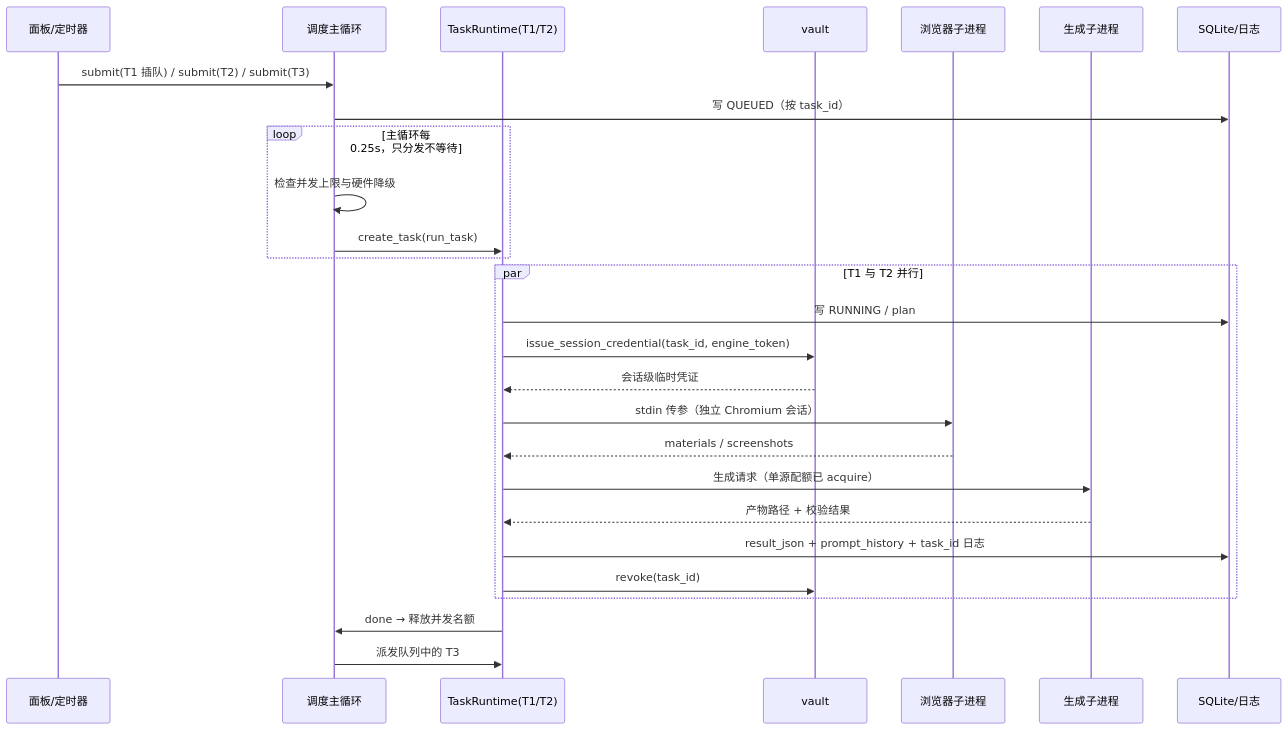
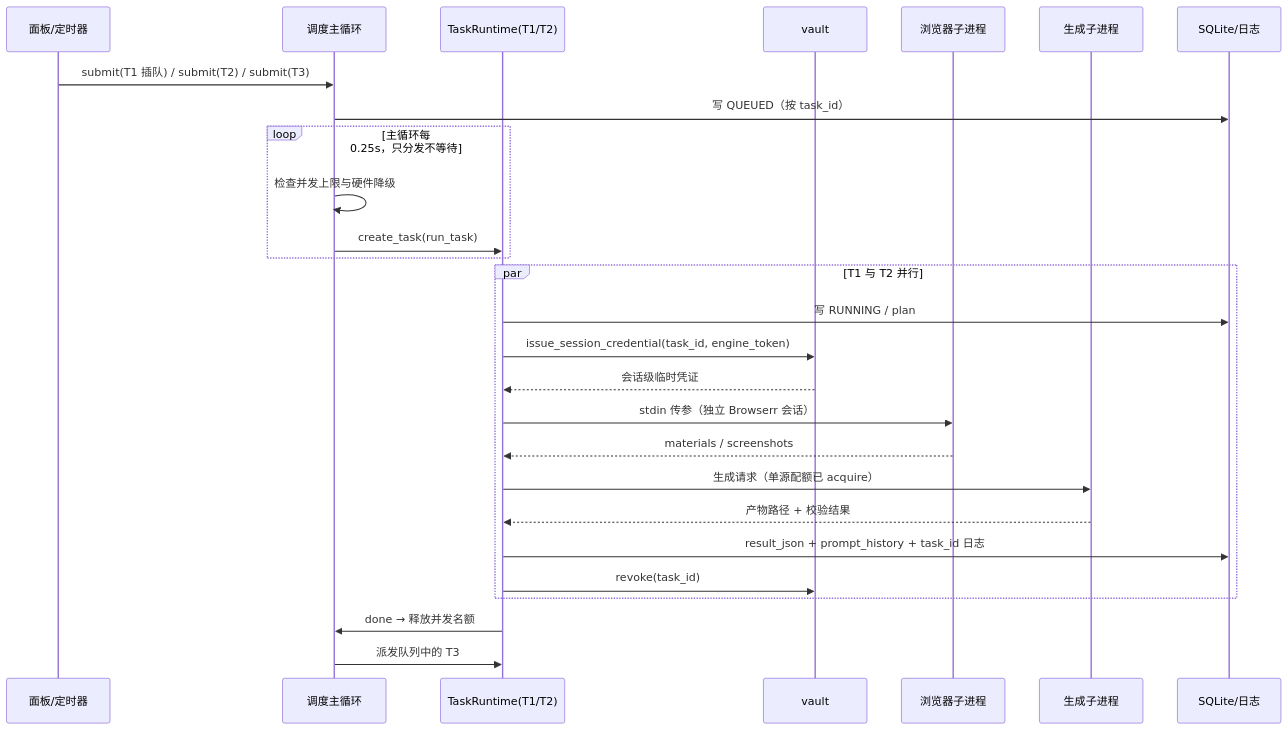
Before and after one commit to u20260317/local-muse: the diagram in docs/workflow.md, drawn with Mermaid. The commit also changed other lines of this file and 60 other files, not shown here.

````diff
--- a/docs/workflow.md
+++ b/docs/workflow.md
@@ -58,30 +58,30 @@
 ```mermaid
 sequenceDiagram
     participant P as 面板/定时器
     participant S as 调度主循环
     participant R as TaskRuntime(T1/T2)
     participant W as vault
     participant B as 浏览器子进程
     participant G as 生成子进程
     participant D as SQLite/日志
 
     P->>S: submit(T1 插队) / submit(T2) / submit(T3)
     S->>D: 写 QUEUED（按 task_id）
     loop 主循环每 0.25s，只分发不等待
         S->>S: 检查并发上限与硬件降级
         S->>R: create_task(run_task)
     end
     par T1 与 T2 并行
         R->>D: 写 RUNNING / plan
         R->>W: issue_session_credential(task_id, engine_token)
         W-->>R: 会话级临时凭证
-        R->>B: stdin 传参（独立 Chromium 会话）
+        R->>B: stdin 传参（独立 Browserr 会话）
         B-->>R: materials / screenshots
         R->>G: 生成请求（单源配额已 acquire）
         G-->>R: 产物路径 + 校验结果
         R->>D: result_json + prompt_history + task_id 日志
         R->>W: revoke(task_id)
     end
     R->>S: done → 释放并发名额
     S->>R: 派发队列中的 T3
 ```
````
